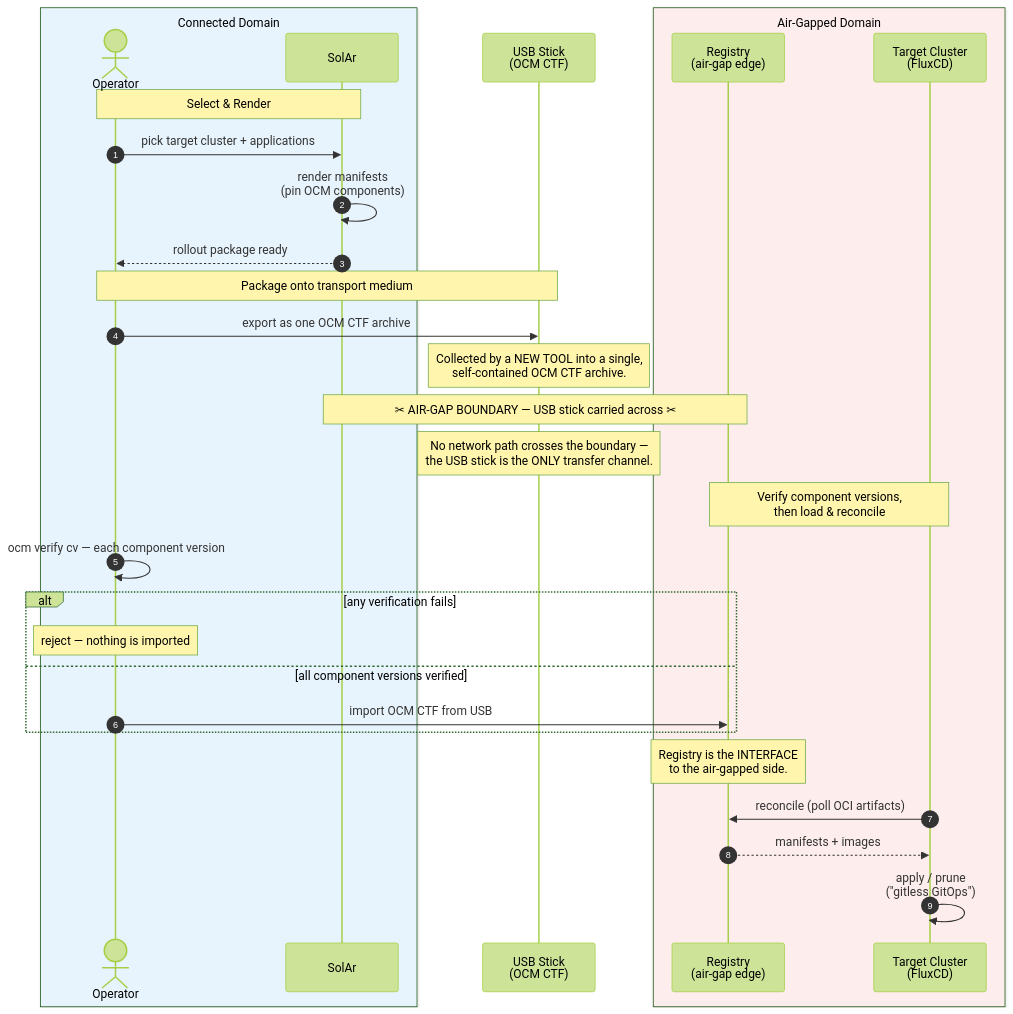
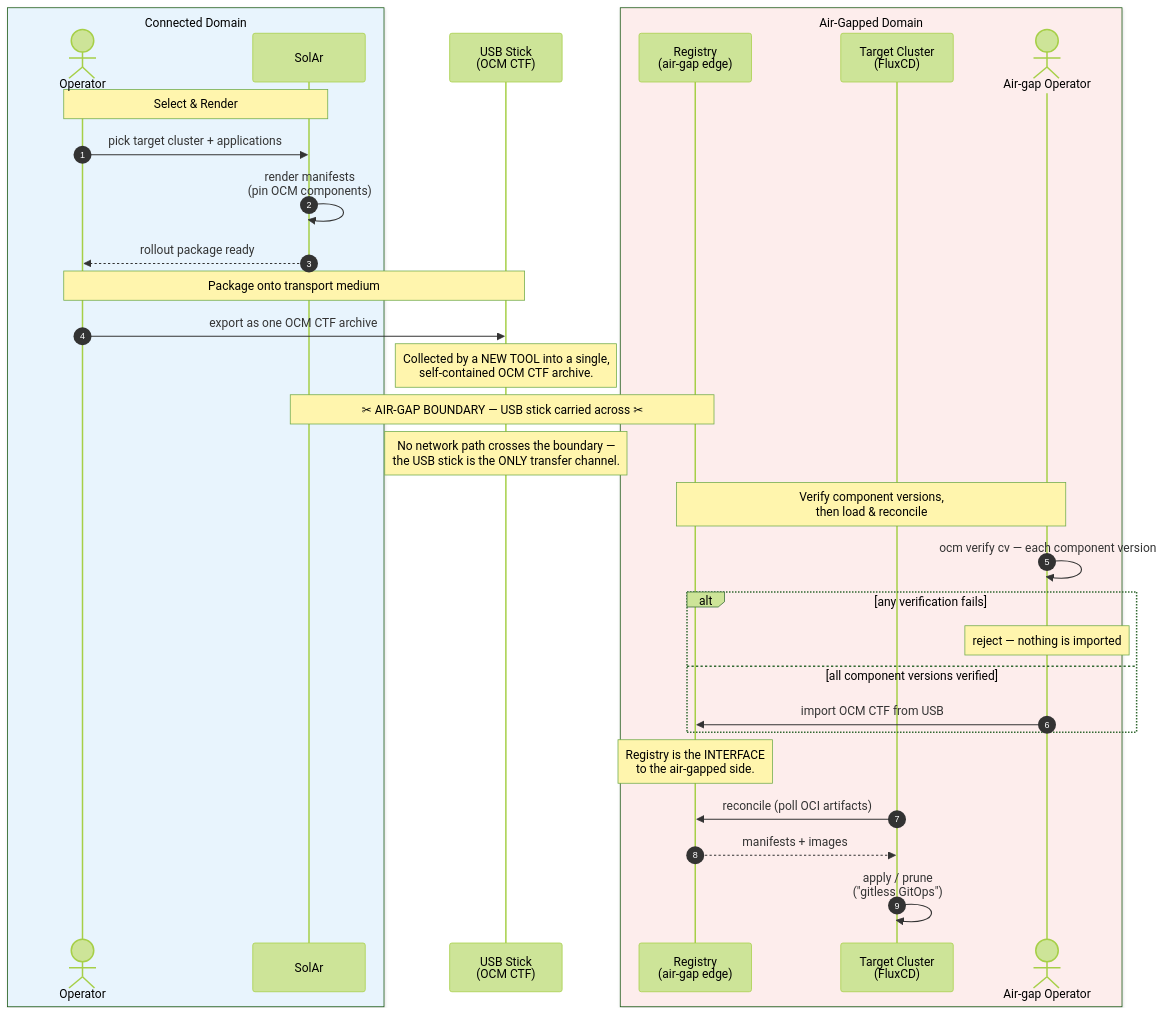
The second of 2 diagrams in docs/developer-guide/adrs/016-airgapped-catalog-chaining.md (opendefensecloud/solution-arsenal), drawn with Mermaid (forest theme) before and after one commit. The commit also changed other lines of this file and 1 other file, not shown here.

Commit message:
docs(adr-016): by-value transfer + ref rewriting; air-gap operator in alt diagram

````diff
--- a/docs/developer-guide/adrs/016-airgapped-catalog-chaining.md
+++ b/docs/developer-guide/adrs/016-airgapped-catalog-chaining.md
@@ -194,40 +210,41 @@
 ```mermaid
 sequenceDiagram
     autonumber
 
     box rgb(232,244,253) Connected Domain
         actor User as Operator
         participant SolAr as SolAr
     end
 
     participant USB as USB Stick<br/>(OCM CTF)
 
     box rgb(253,237,236) Air-Gapped Domain
         participant Reg as Registry<br/>(air-gap edge)
         participant Cluster as Target Cluster<br/>(FluxCD)
+        actor Ops as Air-gap Operator
     end
 
     Note over User,SolAr: Select & Render
     User->>SolAr: pick target cluster + applications
     SolAr->>SolAr: render manifests<br/>(pin OCM components)
     SolAr-->>User: rollout package ready
 
     Note over User,USB: Package onto transport medium
     User->>USB: export as one OCM CTF archive
     Note over USB: Collected by a NEW TOOL into a single,<br/>self-contained OCM CTF archive.
 
     Note over SolAr,Reg: ✂ AIR-GAP BOUNDARY — USB stick carried across ✂
     Note over USB: No network path crosses the boundary —<br/>the USB stick is the ONLY transfer channel.
 
-    Note over Reg,Cluster: Verify component versions,<br/>then load & reconcile
-    User->>User: ocm verify cv — each component version
+    Note over Reg,Ops: Verify component versions,<br/>then load & reconcile
+    Ops->>Ops: ocm verify cv — each component version
     alt any verification fails
-        Note over User: reject — nothing is imported
+        Note over Ops: reject — nothing is imported
     else all component versions verified
-        User->>Reg: import OCM CTF from USB
+        Ops->>Reg: import OCM CTF from USB
     end
     Note over Reg: Registry is the INTERFACE<br/>to the air-gapped side.
     Cluster->>Reg: reconcile (poll OCI artifacts)
     Reg-->>Cluster: manifests + images
     Cluster->>Cluster: apply / prune<br/>("gitless GitOps")
 ```
````
